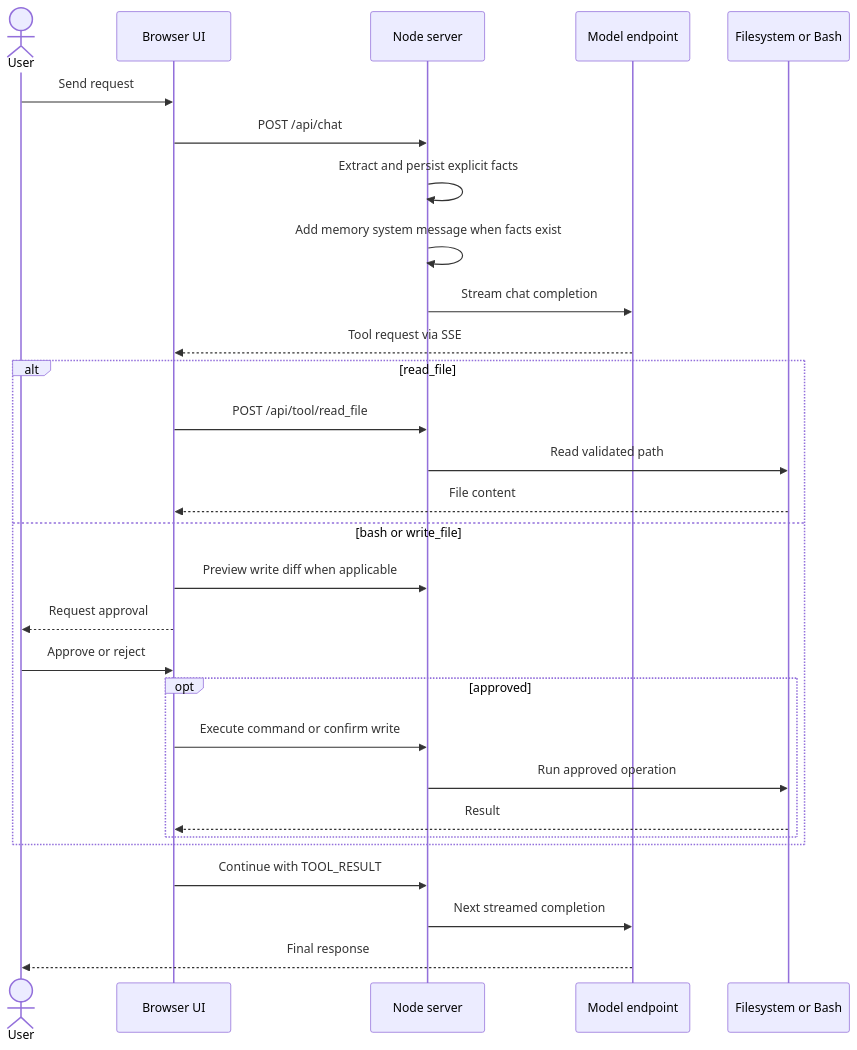
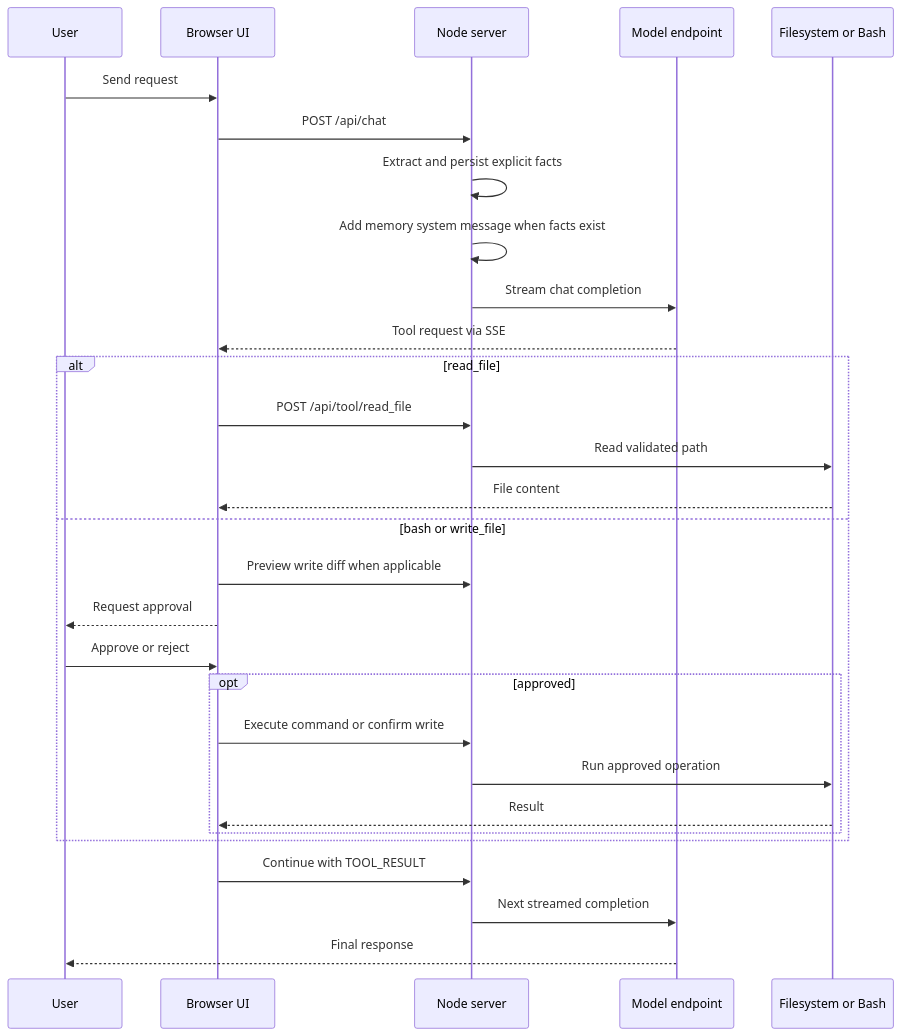
One commit to cschladetsch/NodeGLM-5 changed the third of 4 diagrams in Readme.md. Above: the diagram before and after it, drawn with Mermaid. The commit also changed other lines of this file and 1 other file, not shown here.

Commit message:
Fix README Mermaid rendering

````diff
--- a/Readme.md
+++ b/Readme.md
@@ -174,32 +174,32 @@
 ```mermaid
 sequenceDiagram
-    actor User
+    participant User
     participant UI as Browser UI
     participant API as Node server
     participant LLM as Model endpoint
     participant Local as Filesystem or Bash
 
     User->>UI: Send request
     UI->>API: POST /api/chat
     API->>API: Extract and persist explicit facts
     API->>API: Add memory system message when facts exist
     API->>LLM: Stream chat completion
     LLM-->>UI: Tool request via SSE
     alt read_file
         UI->>API: POST /api/tool/read_file
         API->>Local: Read validated path
         Local-->>UI: File content
     else bash or write_file
         UI->>API: Preview write diff when applicable
         UI-->>User: Request approval
         User->>UI: Approve or reject
         opt approved
             UI->>API: Execute command or confirm write
             API->>Local: Run approved operation
             Local-->>UI: Result
         end
     end
     UI->>API: Continue with TOOL_RESULT
     API->>LLM: Next streamed completion
     LLM-->>User: Final response
 ```
````
